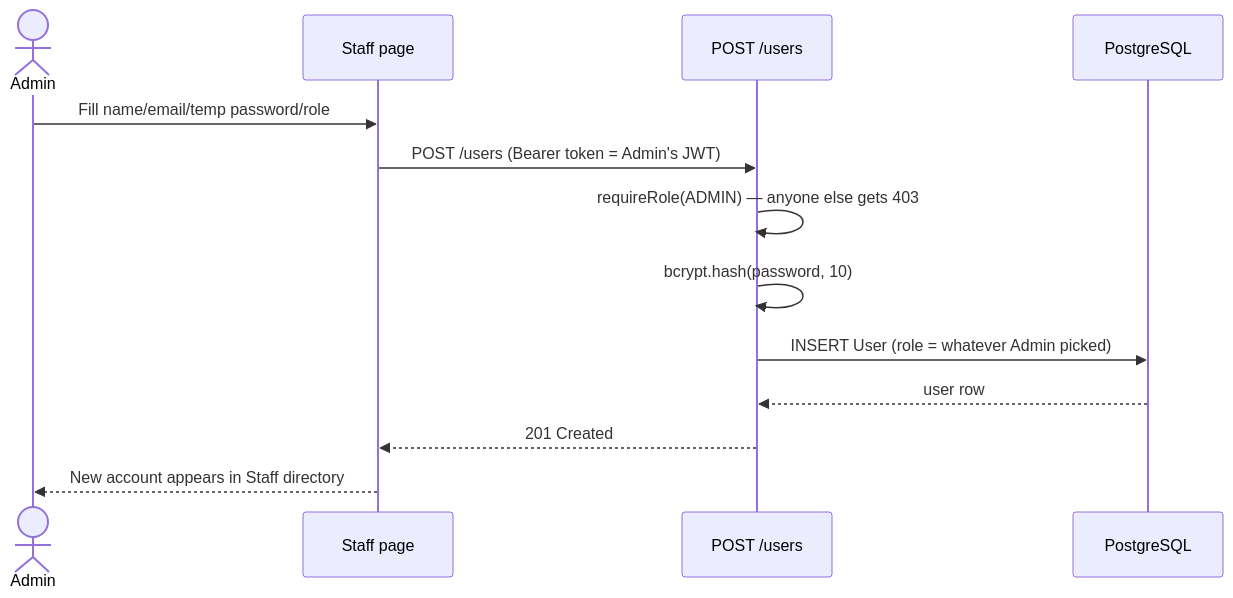
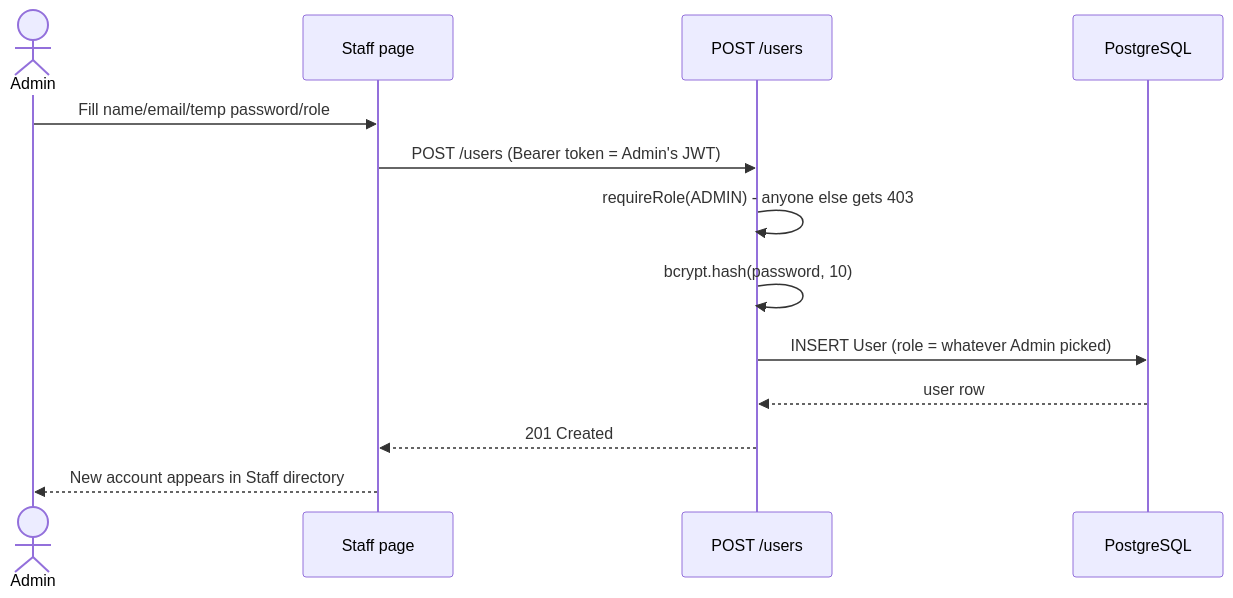
Before and after one commit to sekaberaibrahim/MKU-CRM-M.H: the fifth of 6 diagrams in docs/SYSTEM_DOCUMENTATION.md, drawn with Mermaid. The commit also changed other lines of this file and 15 other files, not shown here.

````diff
--- a/docs/SYSTEM_DOCUMENTATION.md
+++ b/docs/SYSTEM_DOCUMENTATION.md
@@ -258,16 +258,16 @@
 ```mermaid
 sequenceDiagram
     actor Admin
     participant FE as Staff page
     participant API as POST /users
     participant DB as PostgreSQL
 
     Admin->>FE: Fill name/email/temp password/role
     FE->>API: POST /users (Bearer token = Admin's JWT)
-    API->>API: requireRole(ADMIN) — anyone else gets 403
+    API->>API: requireRole(ADMIN) - anyone else gets 403
     API->>API: bcrypt.hash(password, 10)
     API->>DB: INSERT User (role = whatever Admin picked)
     DB-->>API: user row
     API-->>FE: 201 Created
     FE-->>Admin: New account appears in Staff directory
 ```
````
